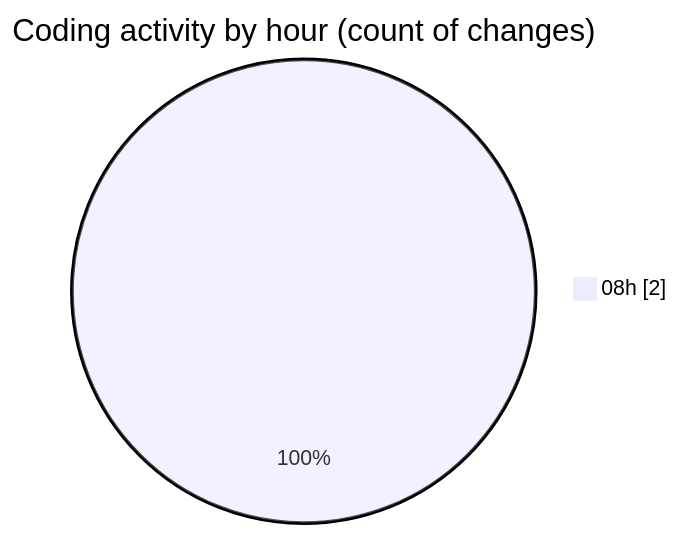
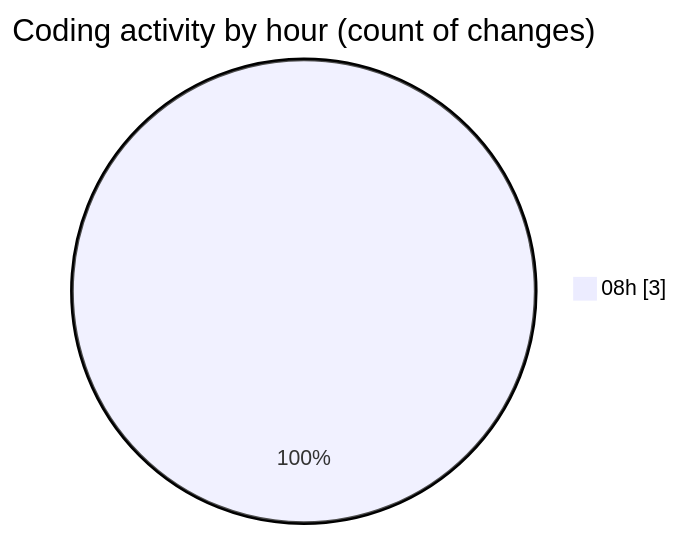
The second of 2 diagrams in 2025-07-02/web/README.md (LanceThiago/code-tracking), drawn with Mermaid before and after one commit. The commit also changed other lines of this file and 1 other file, not shown here.

````diff
--- a/2025-07-02/web/README.md
+++ b/2025-07-02/web/README.md
@@ -28,5 +28,5 @@
 ```mermaid
 pie showData
 title Coding activity by hour (count of changes)
-"08h" : 2
+"08h" : 3
 ```
````
